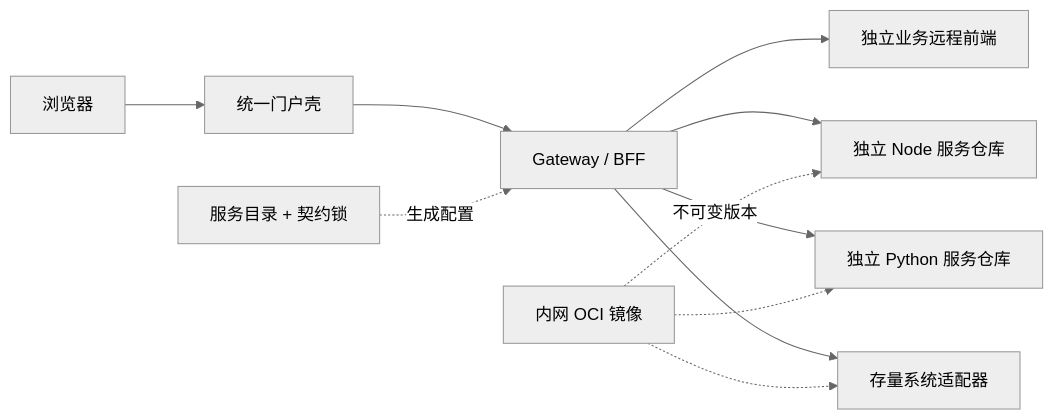
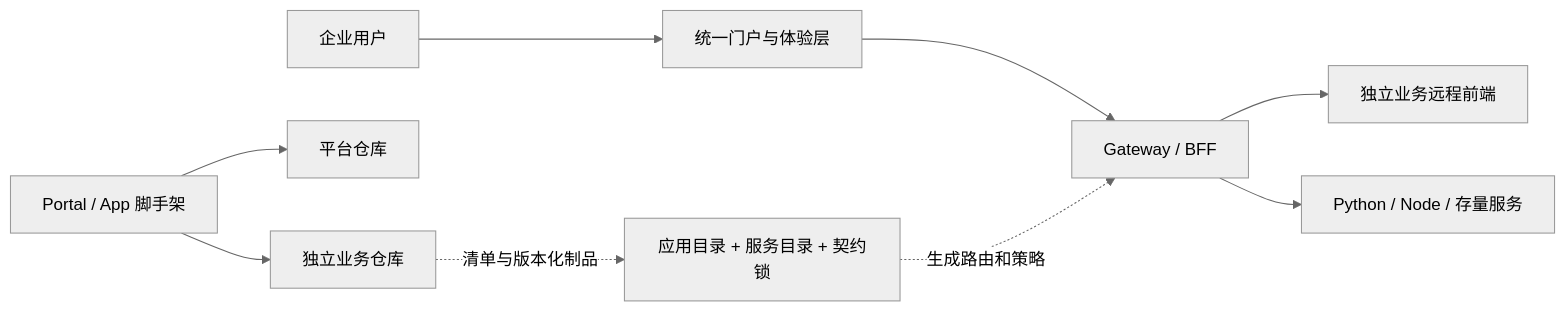
One commit to hhs44/applattice changed the diagram in README.md. Above: the diagram before and after it, drawn with Mermaid (neutral theme). The commit also changed other lines of this file and 80 other files, not shown here.

````diff
--- a/README.md
+++ b/README.md
@@ -9,12 +11,11 @@
 ```mermaid
 flowchart LR
-  Browser["浏览器"] --> Portal["统一门户壳"] --> Gateway["Gateway / BFF"]
+  User["企业用户"] --> Portal["统一门户与体验层"]
+  Portal --> Gateway["Gateway / BFF"]
   Gateway --> Remote["独立业务远程前端"]
-  Gateway --> Node["独立 Node 服务仓库"]
-  Gateway --> Python["独立 Python 服务仓库"]
-  Gateway --> Legacy["存量系统适配器"]
-  Catalog["服务目录 + 契约锁"] -. "生成配置" .-> Gateway
-  Images["内网 OCI 镜像"] -. "不可变版本" .-> Node
-  Images -.-> Python
-  Images -.-> Legacy
+  Gateway --> Services["Python / Node / 存量服务"]
+  Catalog["应用目录 + 服务目录 + 契约锁"] -. "生成路由和策略" .-> Gateway
+  Scaffold["Portal / App 脚手架"] --> PortalRepo["平台仓库"]
+  Scaffold --> AppRepos["独立业务仓库"]
+  AppRepos -. "清单与版本化制品" .-> Catalog
 ```
````
